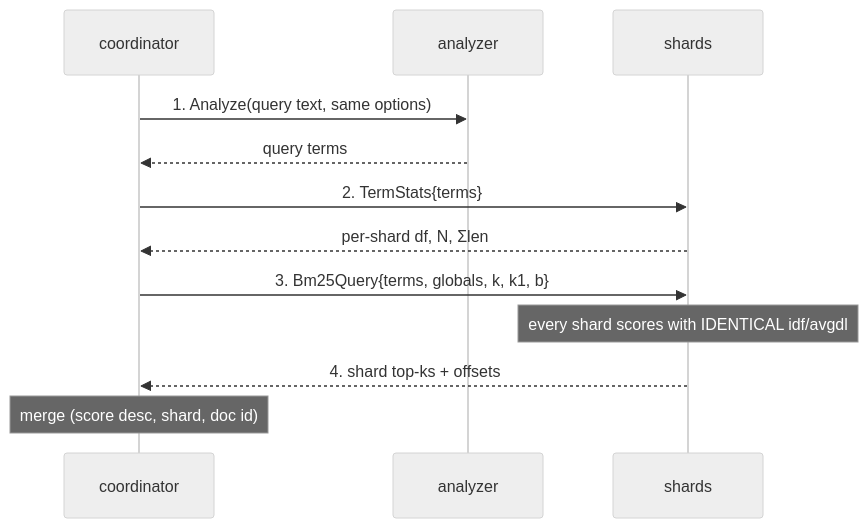
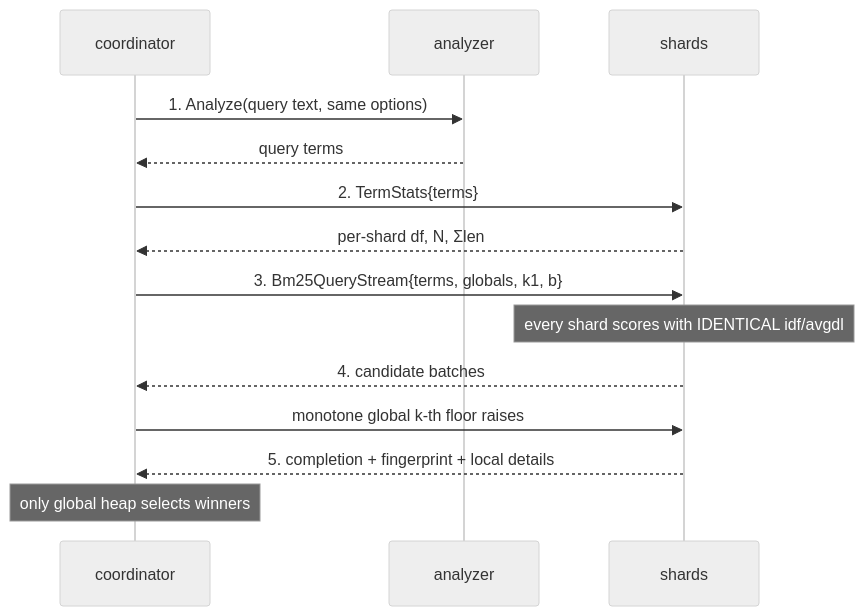
The second of 2 diagrams in README.md (ai-pipestream/protomolt-search), drawn with Mermaid (neutral theme) before and after one commit. The commit also changed other lines of this file and 26 other files, not shown here.

````diff
--- a/README.md
+++ b/README.md
@@ -350,14 +357,16 @@
 ```mermaid
 sequenceDiagram
     participant C as coordinator
     participant A as analyzer
     participant S as shards
     C->>A: 1. Analyze(query text, same options)
     A-->>C: query terms
     C->>S: 2. TermStats{terms}
     S-->>C: per-shard df, N, Σlen
-    C->>S: 3. Bm25Query{terms, globals, k, k1, b}
+    C->>S: 3. Bm25QueryStream{terms, globals, k1, b}
     Note over S: every shard scores with IDENTICAL idf/avgdl
-    S-->>C: 4. shard top-ks + offsets
-    Note over C: merge (score desc, shard, doc id)
+    S-->>C: 4. candidate batches
+    C->>S: monotone global k-th floor raises
+    S-->>C: 5. completion + fingerprint + local details
+    Note over C: only global heap selects winners
 ```
````
